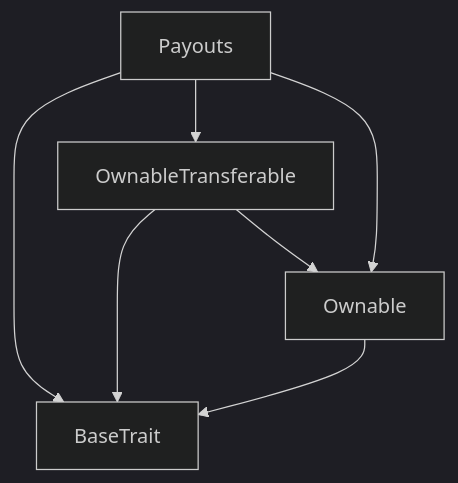
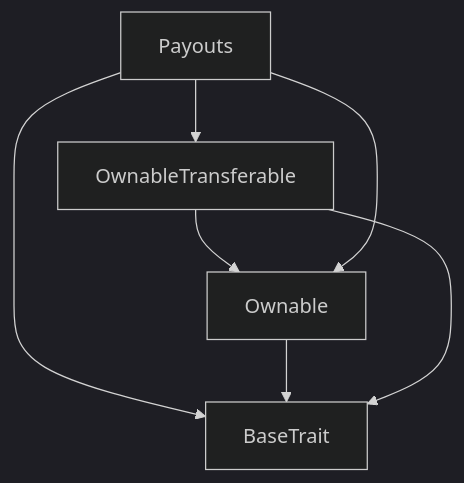
Before and after one commit to ijstech/compiler: the first of 2 diagrams in test/tact-test/src/payouts_Payouts.md, drawn with Mermaid (dark theme). The commit also changed other lines of this file and 60 other files, not shown here.

````diff
--- a/test/tact-test/src/payouts_Payouts.md
+++ b/test/tact-test/src/payouts_Payouts.md
@@ -99,10 +117,10 @@
 ```mermaid
 graph TD
 Payouts
 Payouts --> BaseTrait
 Payouts --> OwnableTransferable
-OwnableTransferable --> BaseTrait
 OwnableTransferable --> Ownable
 Ownable --> BaseTrait
+OwnableTransferable --> BaseTrait
 Payouts --> Ownable
 ```
````
